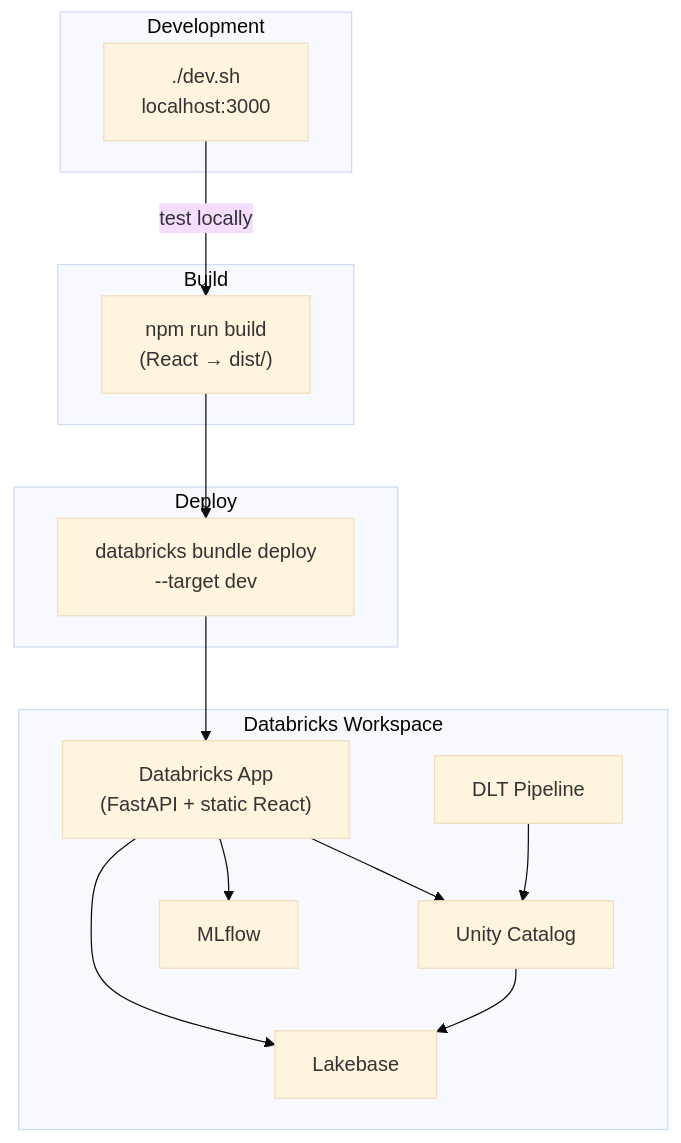
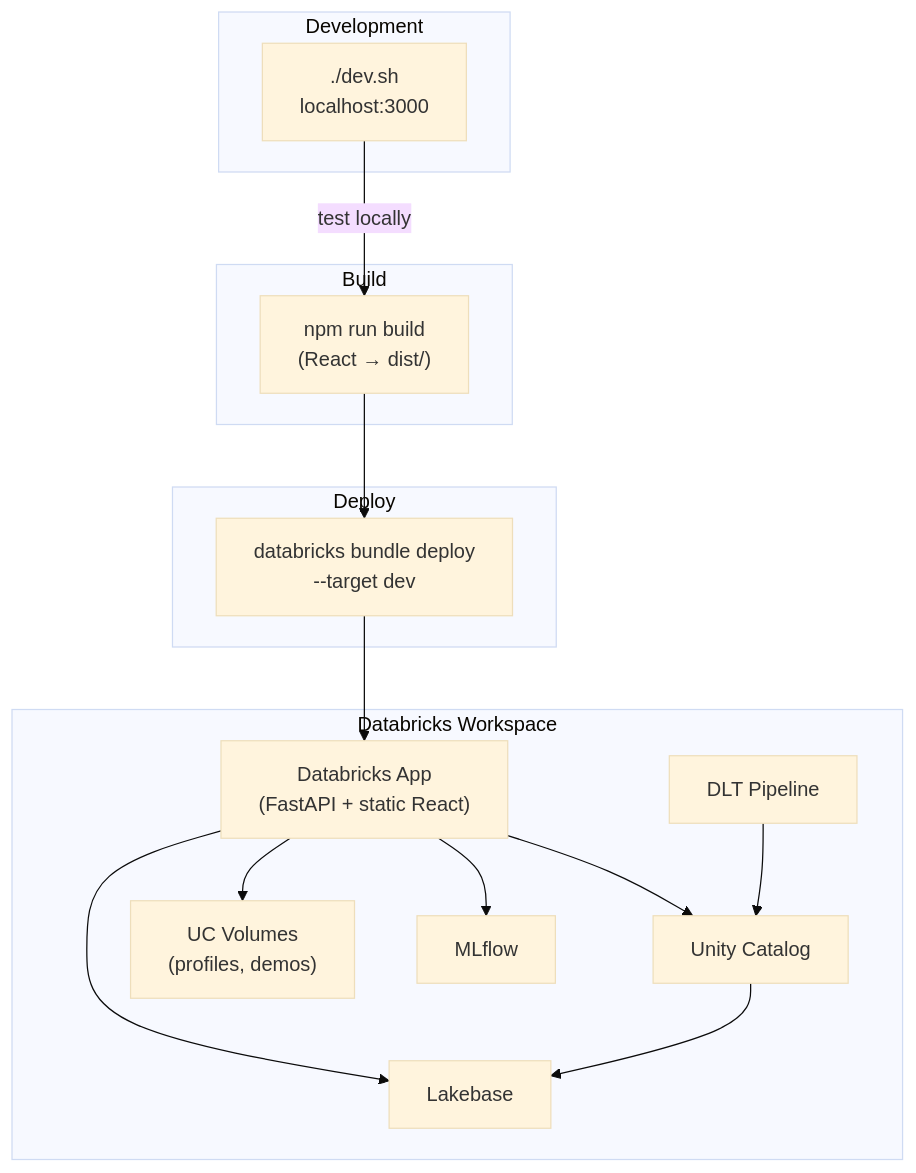
One commit to LaurentPRAT-DB/databricks-airport-digital-twin changed the fifth of 5 diagrams in README.md. Above: the diagram before and after it, drawn with Mermaid (base theme). The commit also changed other lines of this file and 4 other files, not shown here.

````diff
--- a/README.md
+++ b/README.md
@@ -582,26 +610,27 @@
 ```mermaid
 graph TB
     subgraph "Development"
         DEV["./dev.sh<br/>localhost:3000"]
     end
 
     subgraph "Build"
         BUILD["npm run build<br/>(React → dist/)"]
     end
 
     subgraph "Deploy"
         DAB["databricks bundle deploy<br/>--target dev"]
     end
 
     subgraph "Databricks Workspace"
         APP["Databricks App<br/>(FastAPI + static React)"]
         UC["Unity Catalog"]
+        VOL["UC Volumes<br/>(profiles, demos)"]
         LB["Lakebase"]
         DLT["DLT Pipeline"]
         MLF["MLflow"]
     end
 
     DEV -->|test locally| BUILD --> DAB --> APP
-    APP --> UC & LB & MLF
+    APP --> UC & VOL & LB & MLF
     DLT --> UC --> LB
 ```
````
